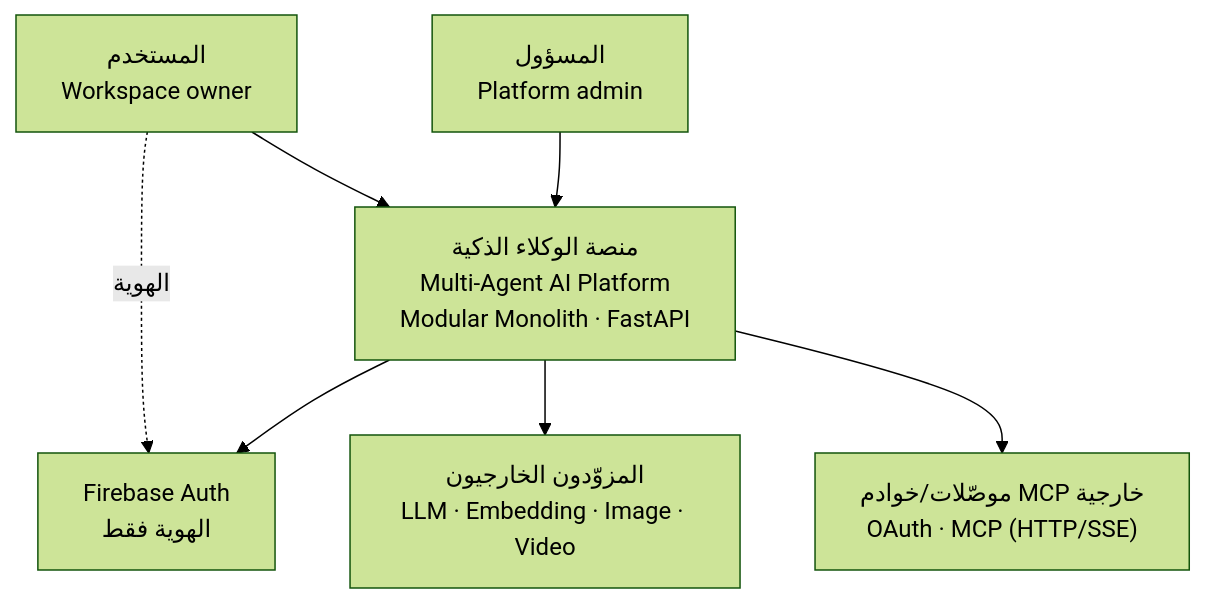
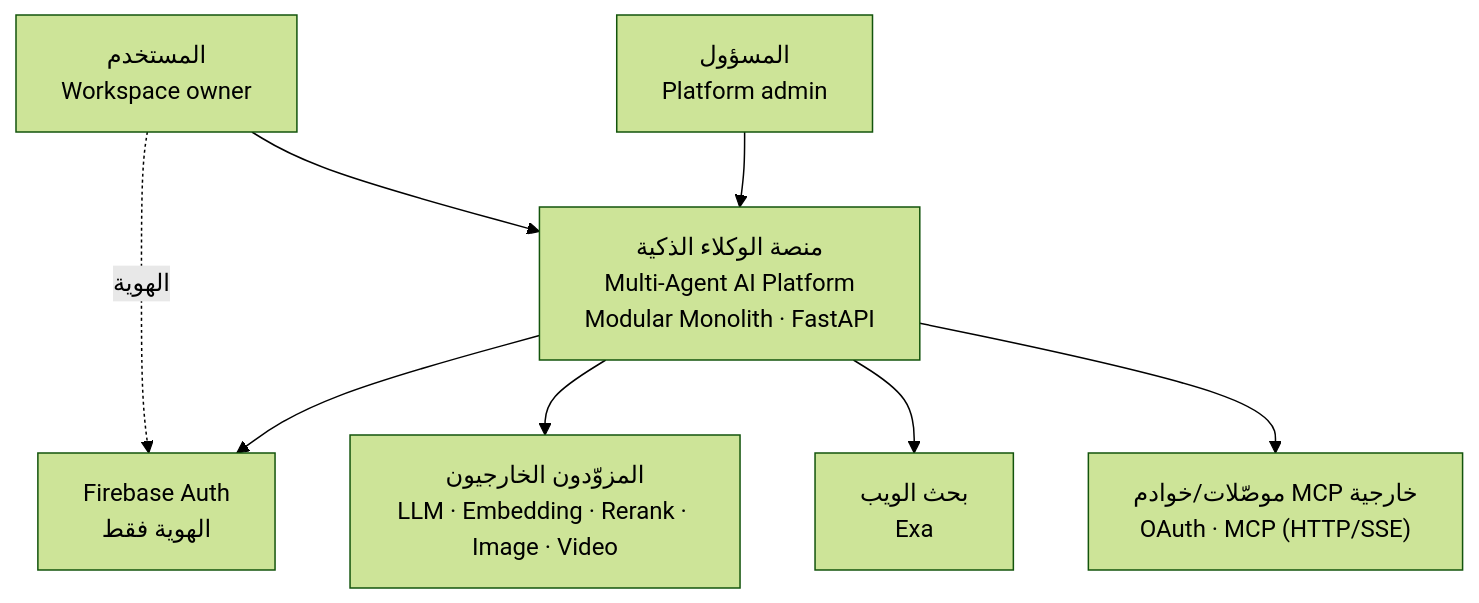
The first of 8 diagrams in docs/architecture.md (anastawahia/aizzak), drawn with Mermaid (forest theme) before and after one commit. The commit also changed other lines of this file, not shown here.

````diff
--- a/docs/architecture.md
+++ b/docs/architecture.md
@@ -90,16 +119,18 @@
 ```mermaid
 graph TD
     User["المستخدم<br/>Workspace owner"]
     Admin["المسؤول<br/>Platform admin"]
     Platform["منصة الوكلاء الذكية<br/>Multi-Agent AI Platform<br/>Modular Monolith · FastAPI"]
     Firebase["Firebase Auth<br/>الهوية فقط"]
-    Providers["المزوّدون الخارجيون<br/>LLM · Embedding · Image · Video"]
+    Providers["المزوّدون الخارجيون<br/>LLM · Embedding · Rerank · Image · Video"]
+    Search["بحث الويب<br/>Exa"]
     Connectors["موصّلات/خوادم MCP خارجية<br/>OAuth · MCP (HTTP/SSE)"]
 
     User --> Platform
     Admin --> Platform
     User -. الهوية .-> Firebase
     Platform --> Firebase
     Platform --> Providers
+    Platform --> Search
     Platform --> Connectors
 ```
````
